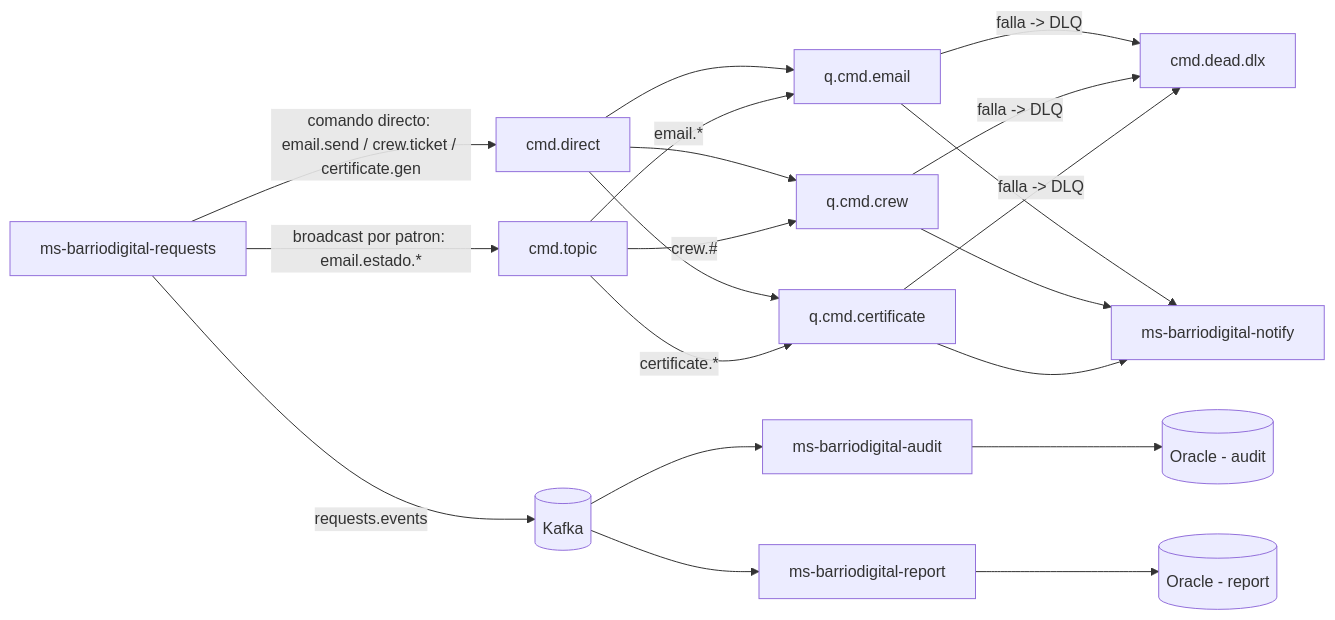
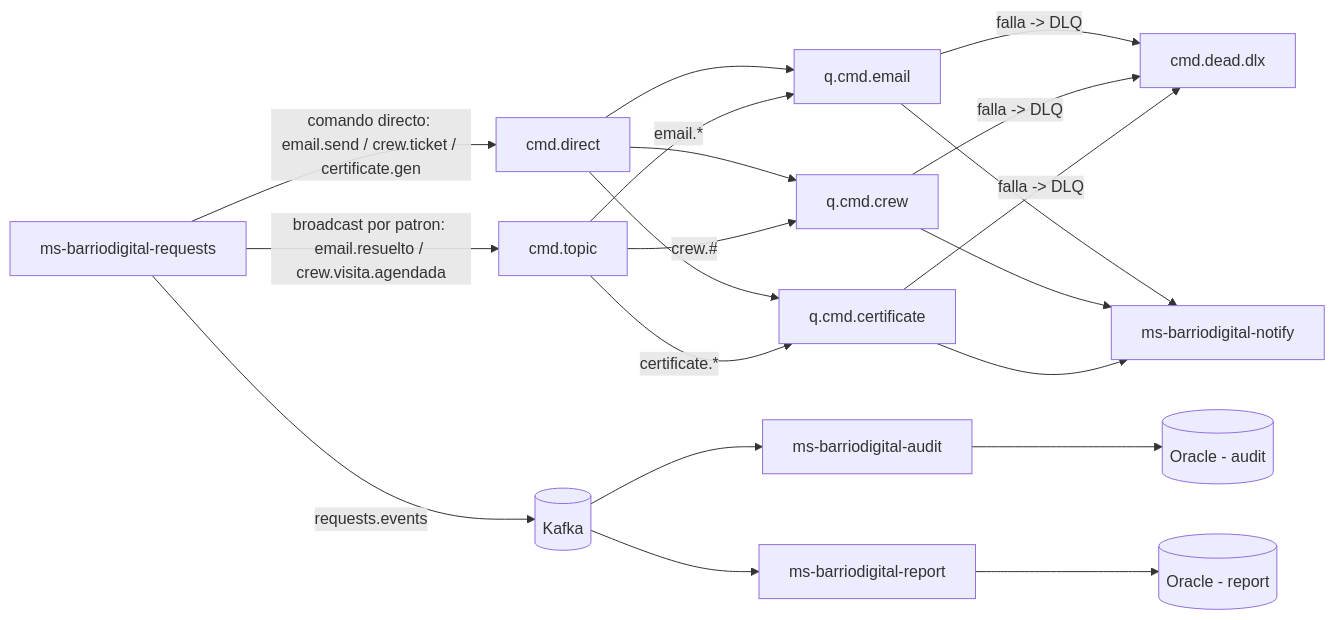
One commit to PhamNukz/barriodigital-docs changed the second of 3 diagrams in arquitectura.md. Above: the diagram before and after it, drawn with Mermaid. The commit also changed 4 other files, not shown here.

````diff
--- a/arquitectura.md
+++ b/arquitectura.md
@@ -18,23 +18,23 @@
 ```mermaid
 flowchart LR
     REQ[ms-barriodigital-requests] -->|"comando directo: email.send / crew.ticket / certificate.gen"| DIRECT[cmd.direct]
-    REQ -->|"broadcast por patron: email.estado.*"| TOPIC[cmd.topic]
+    REQ -->|"broadcast por patron: email.resuelto / crew.visita.agendada"| TOPIC[cmd.topic]
     DIRECT --> QE[q.cmd.email]
     DIRECT --> QC[q.cmd.crew]
     DIRECT --> QCert[q.cmd.certificate]
     TOPIC -->|"email.*"| QE
     TOPIC -->|"crew.#"| QC
     TOPIC -->|"certificate.*"| QCert
     QE -->|falla -> DLQ| DLX[cmd.dead.dlx]
     QC -->|falla -> DLQ| DLX
     QCert -->|falla -> DLQ| DLX
     QE --> NOTIFY[ms-barriodigital-notify]
     QC --> NOTIFY
     QCert --> NOTIFY
 
     REQ -->|requests.events| KAFKA[(Kafka)]
     KAFKA --> AUDIT[ms-barriodigital-audit]
     KAFKA --> REPORT[ms-barriodigital-report]
     AUDIT --> ORA3[(Oracle - audit)]
     REPORT --> ORA4[(Oracle - report)]
 ```
````
